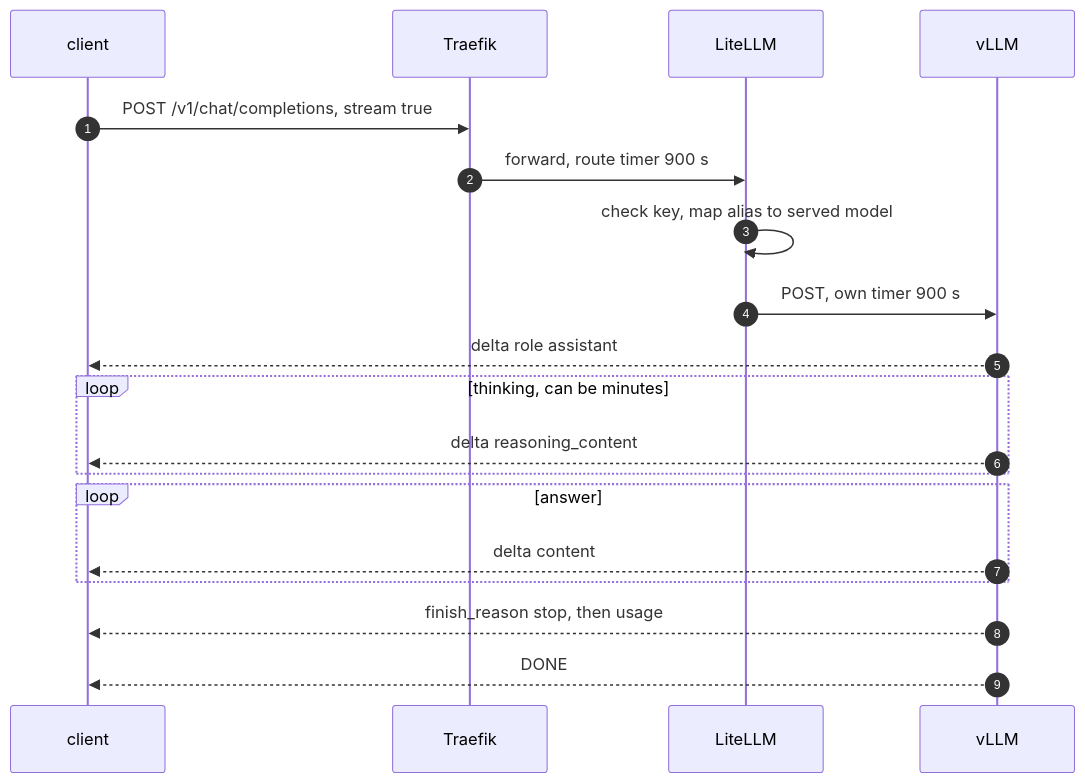
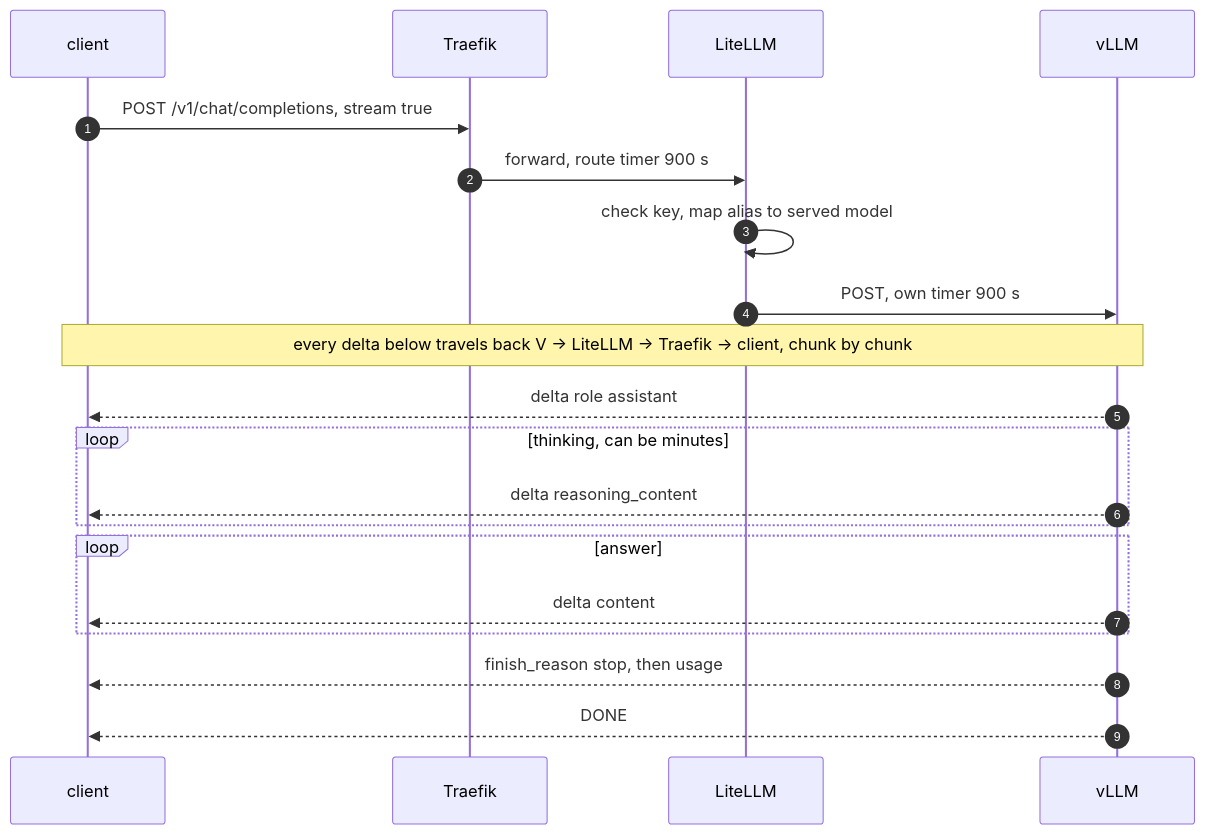
Before and after one commit to cloudone365/technical-depth: the third of 3 diagrams in 03-DeepSeek/08-kubernetes-deployment-storage-and-streaming.md, drawn with Mermaid. The commit also changed other lines of this file and 91 other files, not shown here.

First line of the commit message:
Docs audit 01-04: fix mistakes found against the lab files; step-by-step flows

````diff
--- a/03-DeepSeek/08-kubernetes-deployment-storage-and-streaming.md
+++ b/03-DeepSeek/08-kubernetes-deployment-storage-and-streaming.md
@@ -127,21 +127,22 @@
 ```mermaid
 sequenceDiagram
   autonumber
   participant C as client
   participant T as Traefik
   participant L as LiteLLM
   participant V as vLLM
   C->>T: POST /v1/chat/completions, stream true
   T->>L: forward, route timer 900 s
   L->>L: check key, map alias to served model
   L->>V: POST, own timer 900 s
+  Note over C,V: every delta below travels back V → LiteLLM → Traefik → client, chunk by chunk
   V-->>C: delta role assistant
   loop thinking, can be minutes
     V-->>C: delta reasoning_content
   end
   loop answer
     V-->>C: delta content
   end
   V-->>C: finish_reason stop, then usage
   V-->>C: DONE
 ```
````
